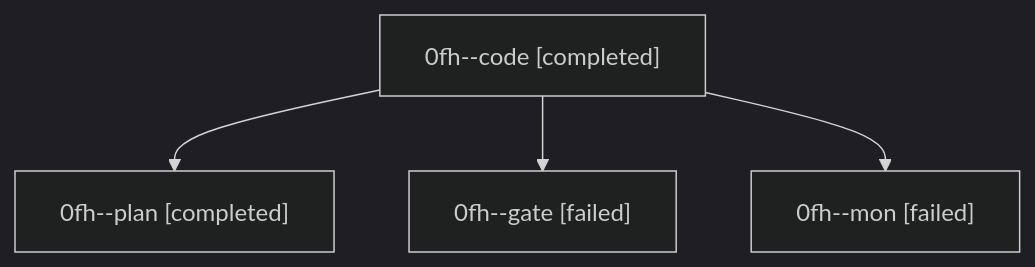
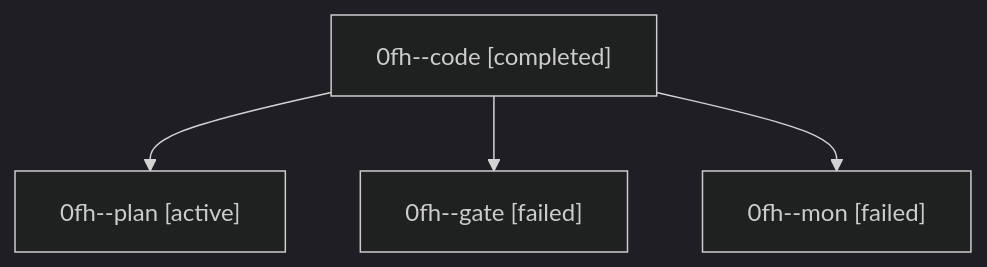
The diagram in families/bbugyi200.athena.0fh.md (sase-org/sase--agents), drawn with Mermaid (dark theme) before and after one commit. The commit also changed other lines of this file and 35830 other files, not shown here.

````diff
--- a/families/bbugyi200.athena.0fh.md
+++ b/families/bbugyi200.athena.0fh.md
@@ -9,10 +9,10 @@
 ```mermaid
 flowchart TD
   n0["0fh--code [completed]"]
-  n1["0fh--plan [completed]"]
+  n1["0fh--plan [active]"]
   n0 --> n1
   n2["0fh--gate [failed]"]
   n0 --> n2
   n3["0fh--mon [failed]"]
   n0 --> n3
 ```
````
